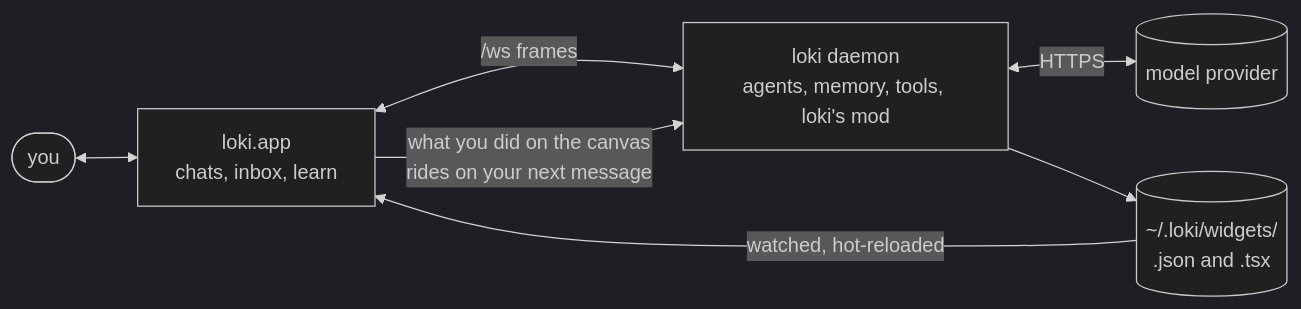
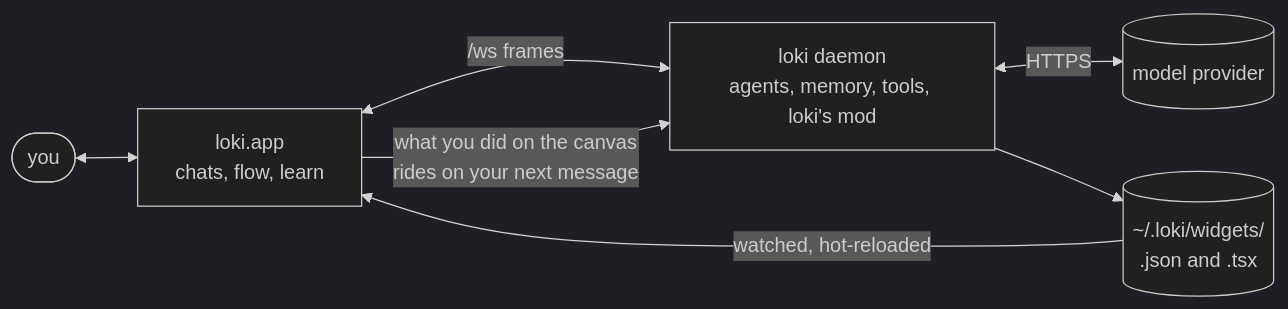
The diagram in README.md (AlmondLabs/loki), drawn with Mermaid (dark theme) before and after one commit. The commit also changed other lines of this file and 33 other files, not shown here.

First line of the commit message:
feat(inbox): call the inbox flow on screen

````diff
--- a/README.md
+++ b/README.md
@@ -163,9 +163,9 @@
 ```mermaid
 flowchart LR
-  you([you]) <--> app[loki.app<br/>chats, inbox, learn]
+  you([you]) <--> app[loki.app<br/>chats, flow, learn]
   app <-->|"/ws frames"| daemon[loki daemon<br/>agents, memory, tools, loki's mod]
   daemon <-->|HTTPS| provider[(model provider)]
   daemon --> files[("~/.loki/widgets/<br/>.json and .tsx")]
   files -->|"watched, hot-reloaded"| app
   app -->|"what you did on the canvas<br/>rides on your next message"| daemon
 ```
````
